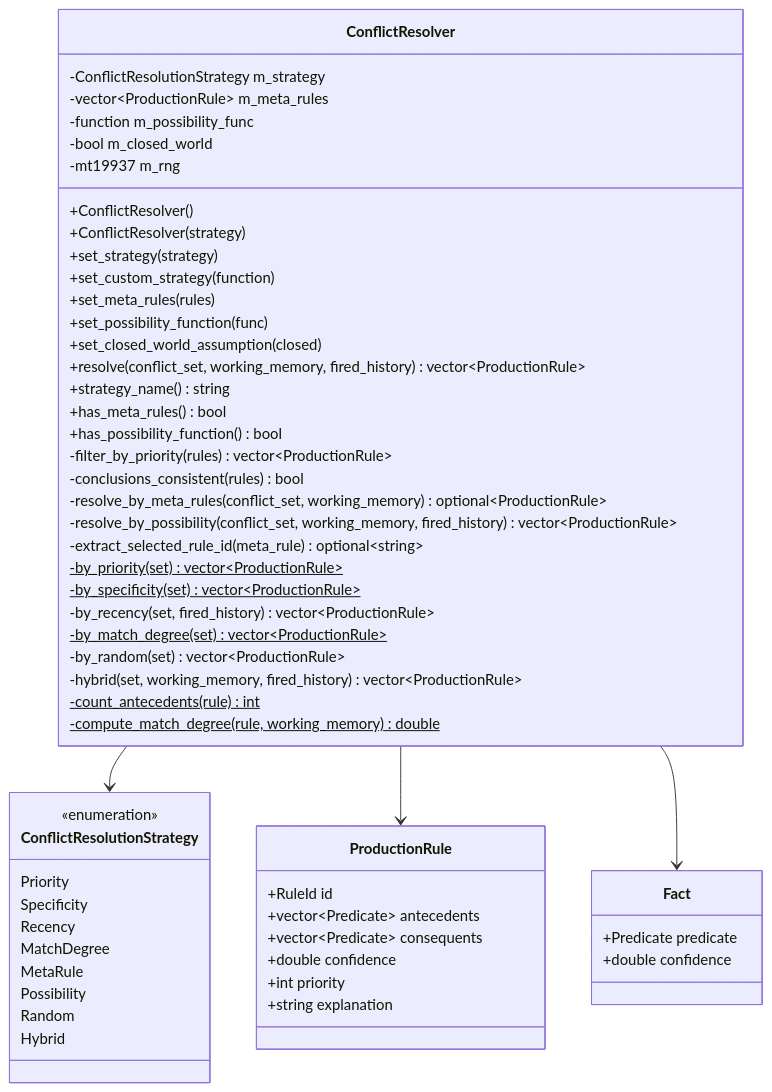
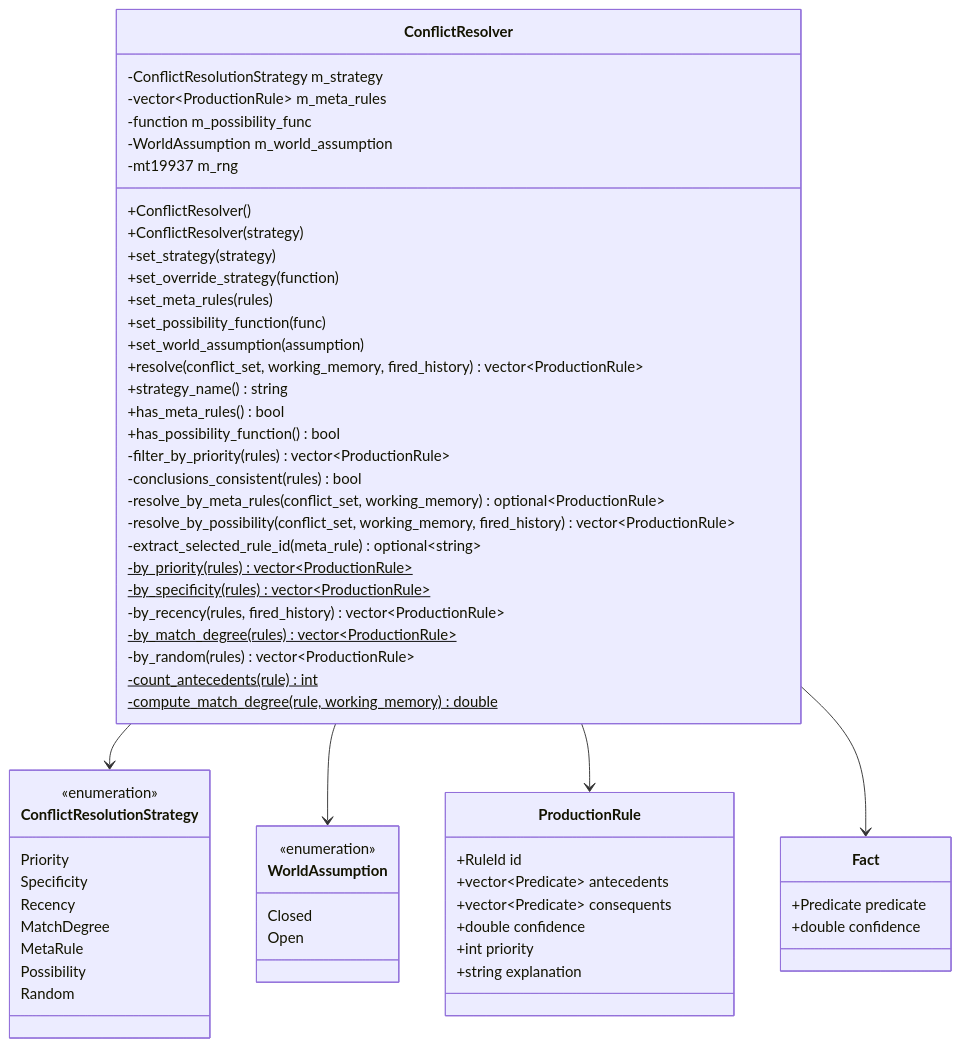
The first of 4 diagrams in docs/conflict_resolver_design.md (autentisitet/ai-expert-system), drawn with Mermaid before and after one commit. The commit also changed other lines of this file and 2 other files, not shown here.

Commit message:
docs: add data_processing_pipeline.md;fix conflict_resolver_design.md

````diff
--- a/docs/conflict_resolver_design.md
+++ b/docs/conflict_resolver_design.md
@@ -108,64 +110,69 @@
 ```mermaid
 classDiagram
     class ConflictResolver {
         -ConflictResolutionStrategy m_strategy
         -vector~ProductionRule~ m_meta_rules
         -function m_possibility_func
-        -bool m_closed_world
+        -WorldAssumption m_world_assumption
         -mt19937 m_rng
         +ConflictResolver()
         +ConflictResolver(strategy)
         +set_strategy(strategy)
-        +set_custom_strategy(function)
+        +set_override_strategy(function)
         +set_meta_rules(rules)
         +set_possibility_function(func)
-        +set_closed_world_assumption(closed)
+        +set_world_assumption(assumption)
         +resolve(conflict_set, working_memory, fired_history) vector~ProductionRule~
         +strategy_name() string
         +has_meta_rules() bool
         +has_possibility_function() bool
         -filter_by_priority(rules) vector~ProductionRule~
         -conclusions_consistent(rules) bool
         -resolve_by_meta_rules(conflict_set, working_memory) optional~ProductionRule~
         -resolve_by_possibility(conflict_set, working_memory, fired_history) vector~ProductionRule~
         -extract_selected_rule_id(meta_rule) optional~string~
-        -by_priority(set) vector~ProductionRule~$
-        -by_specificity(set) vector~ProductionRule~$
-        -by_recency(set, fired_history) vector~ProductionRule~
-        -by_match_degree(set) vector~ProductionRule~$
-        -by_random(set) vector~ProductionRule~
-        -hybrid(set, working_memory, fired_history) vector~ProductionRule~
+        -by_priority(rules) vector~ProductionRule~$
+        -by_specificity(rules) vector~ProductionRule~$
+        -by_recency(rules, fired_history) vector~ProductionRule~
+        -by_match_degree(rules) vector~ProductionRule~$
+        -by_random(rules) vector~ProductionRule~
         -count_antecedents(rule) int$
         -compute_match_degree(rule, working_memory) double$
     }
 
     class ConflictResolutionStrategy {
         <<enumeration>>
         Priority
         Specificity
         Recency
         MatchDegree
         MetaRule
         Possibility
         Random
-        Hybrid
+    }
+
+    class WorldAssumption {
+        <<enumeration>>
+        Closed
+        Open
     }
 
     class ProductionRule {
         +RuleId id
         +vector~Predicate~ antecedents
         +vector~Predicate~ consequents
         +double confidence
         +int priority
         +string explanation
     }
 
     class Fact {
         +Predicate predicate
         +double confidence
     }
 
     ConflictResolver --> ConflictResolutionStrategy
+    ConflictResolver --> WorldAssumption
     ConflictResolver --> ProductionRule
     ConflictResolver --> Fact
 ```
````
